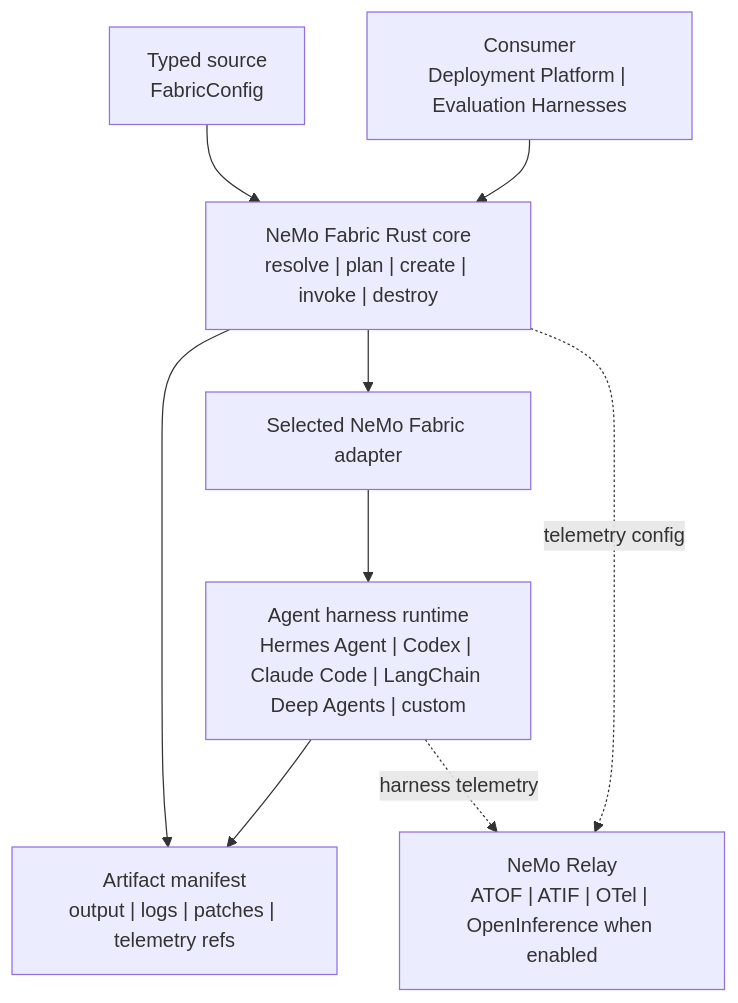
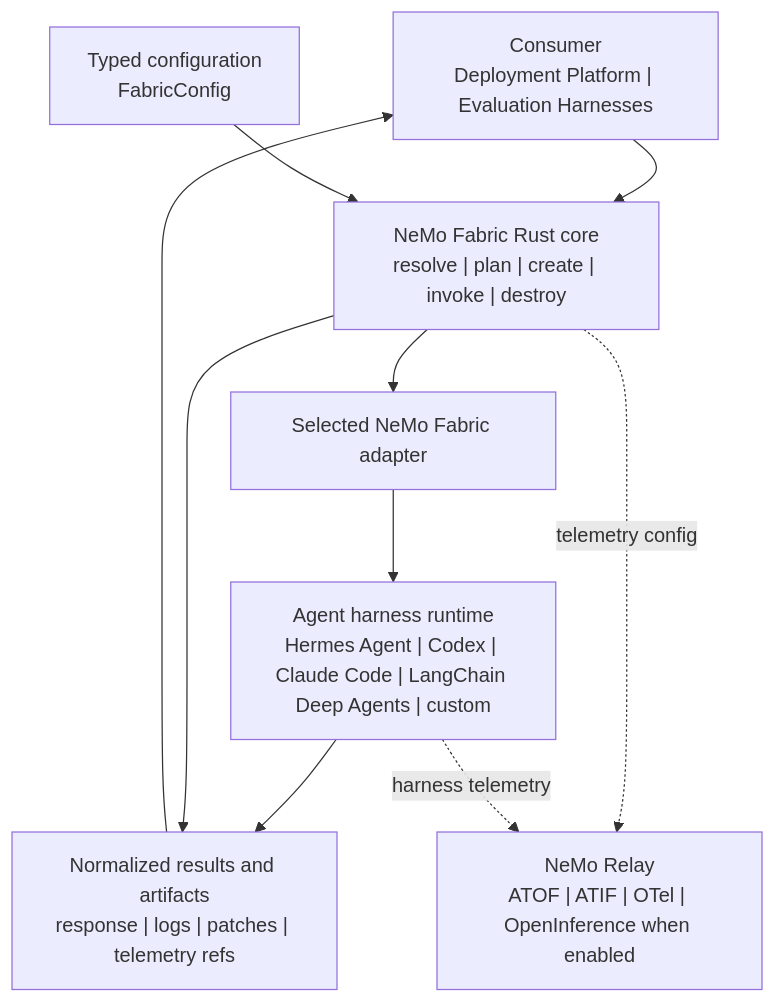
One commit to NVIDIA/NeMo-Fabric changed the diagram in README.md. Above: the diagram before and after it, drawn with Mermaid. The commit also changed other lines of this file and 7 other files, not shown here.

````diff
--- a/README.md
+++ b/README.md
@@ -91,19 +149,20 @@
 ```mermaid
 flowchart TB
   Consumer["Consumer\nDeployment Platform | Evaluation Harnesses"]
-  Config["Typed source\nFabricConfig"]
+  Config["Typed configuration\nFabricConfig"]
   Core["NeMo Fabric Rust core\nresolve | plan | create | invoke | destroy"]
   Adapter["Selected NeMo Fabric adapter"]
   Harness["Agent harness runtime\nHermes Agent | Codex | Claude Code | LangChain Deep Agents | custom"]
-  Artifacts["Artifact manifest\noutput | logs | patches | telemetry refs"]
+  Artifacts["Normalized results and artifacts\nresponse | logs | patches | telemetry refs"]
   Relay["NeMo Relay\nATOF | ATIF | OTel | OpenInference when enabled"]
 
   Consumer --> Core
   Config --> Core
   Core --> Adapter
   Adapter --> Harness
   Harness --> Artifacts
   Core --> Artifacts
+  Artifacts --> Consumer
   Core -. telemetry config .-> Relay
   Harness -. harness telemetry .-> Relay
 ```
````
